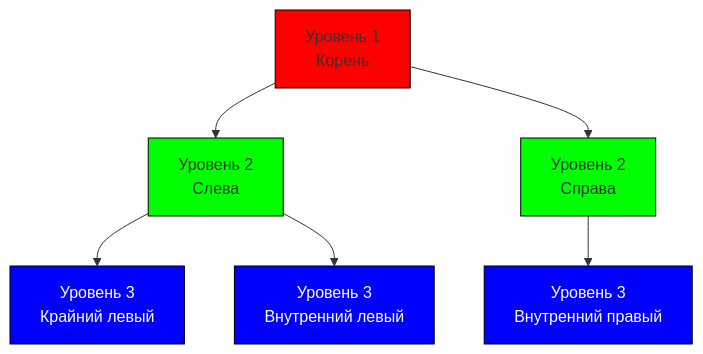
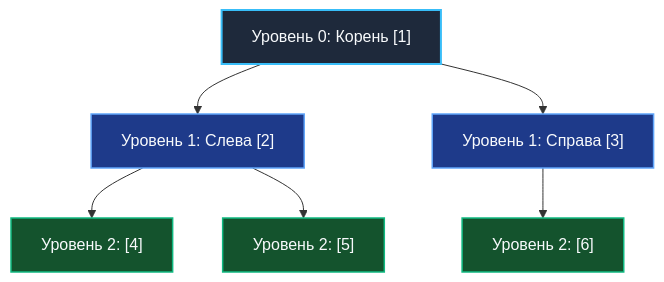
Before and after one commit to UnrealTemplier/go-textbook: the third of 3 diagrams in sources/20. Алгоритмы и структуры данных (DSA) на Go/04. Деревья. Основы/1. Деревья и обходы.md, drawn with Mermaid. The commit also changed other lines of this file, not shown here.

````diff
--- a/sources/20. Алгоритмы и структуры данных (DSA) на Go/04. Деревья. Основы/1. Деревья и обходы.md
+++ b/sources/20. Алгоритмы и структуры данных (DSA) на Go/04. Деревья. Основы/1. Деревья и обходы.md
@@ -113,15 +167,17 @@
 ```mermaid
 flowchart TD
-    1["Уровень 1<br>Корень"] --> 2["Уровень 2<br>Слева"]
-    1 --> 3["Уровень 2<br>Справа"]
-    2 --> 4["Уровень 3<br>Крайний левый"]
-    2 --> 5["Уровень 3<br>Внутренний левый"]
-    3 --> 6["Уровень 3<br>Внутренний правый"]
-    
-    style 1 fill:#ff0000,stroke:#000
-    style 2 fill:#00ff00,stroke:#000
-    style 3 fill:#00ff00,stroke:#000
-    style 4 fill:#0000ff,stroke:#000,color:#fff
-    style 5 fill:#0000ff,stroke:#000,color:#fff
-    style 6 fill:#0000ff,stroke:#000,color:#fff
+    N1["Уровень 0: Корень [1]"] --> N2["Уровень 1: Слева [2]"]
+    N1 --> N3["Уровень 1: Справа [3]"]
+
+    N2 --> N4["Уровень 2: [4]"]
+    N2 --> N5["Уровень 2: [5]"]
+    N3 --> N6["Уровень 2: [6]"]
+
+    classDef lvl0 fill:#1e293b,stroke:#38bdf8,stroke-width:2px,color:#f8fafc;
+    classDef lvl1 fill:#1e3a8a,stroke:#60a5fa,stroke-width:1.5px,color:#f8fafc;
+    classDef lvl2 fill:#14532d,stroke:#10b981,stroke-width:1.5px,color:#f8fafc;
+
+    class N1 lvl0;
+    class N2,N3 lvl1;
+    class N4,N5,N6 lvl2;
 ```
````
